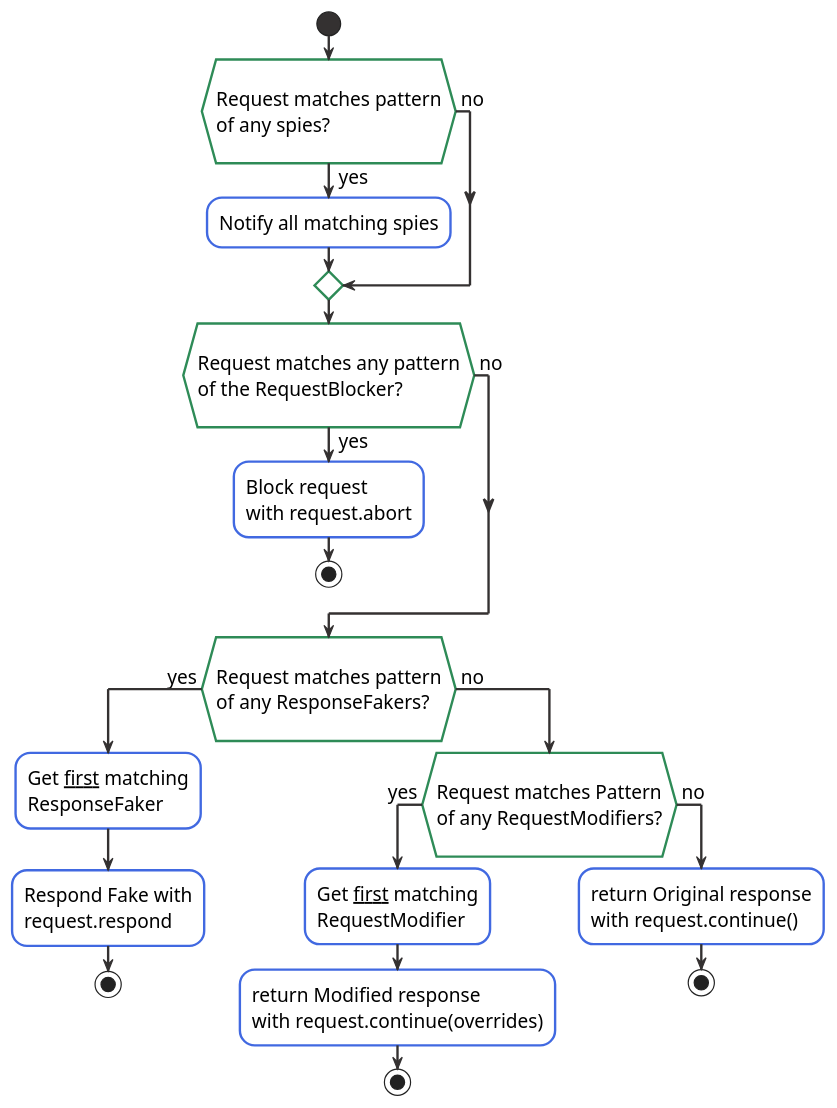
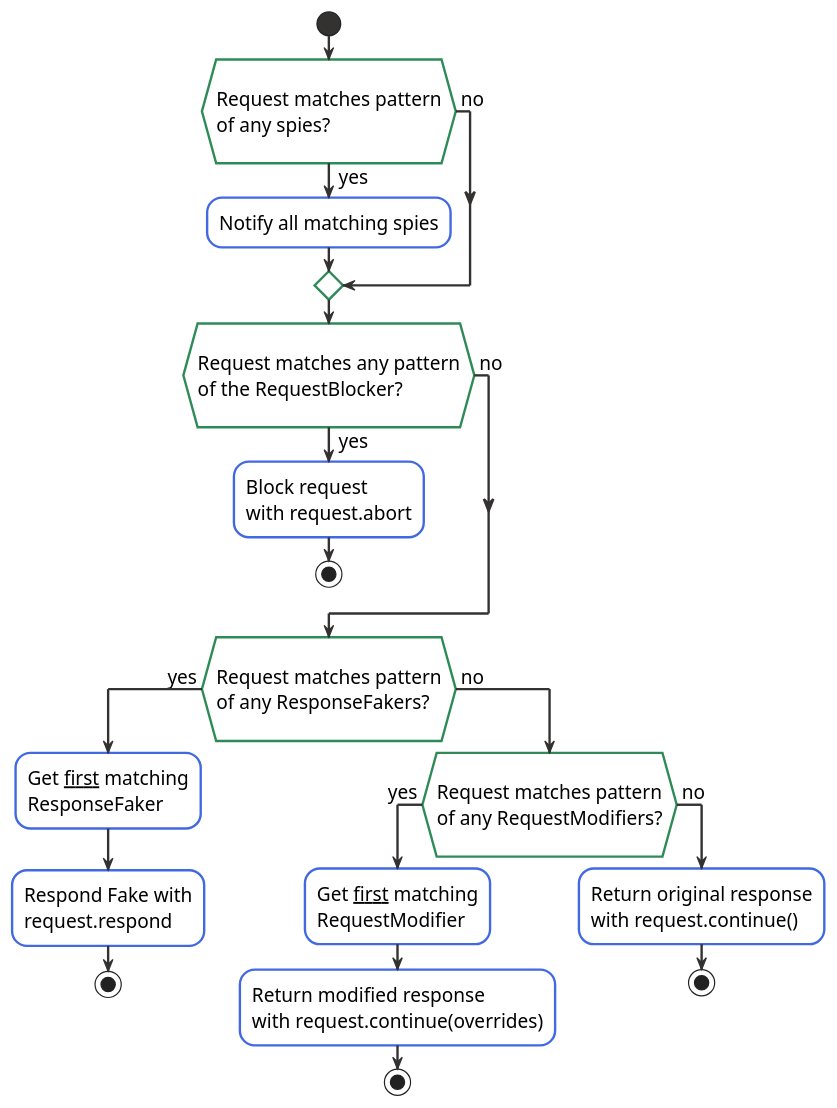
The diagram in documentation/activity.iuml (Tabueeee/puppeteer-request-spy), drawn with PlantUML before and after one commit. The commit also changed 33 other files, not shown here.

```diff
--- a/documentation/activity.iuml
+++ b/documentation/activity.iuml
@@ -1,57 +1,57 @@
 @startuml
 skinparam shadowing false
 
 skinparam activity {
    DiamondFontSize 16
    FontSize 16
    BorderThickness 2
 
    FontColor black
    DiamondFontColor black
    BackgroundColor white
    DiamondBackgroundColor white
    BorderColor RoyalBlue
    DiamondBorderColor Seagreen
 
    StartColor 343131
    EndColor 343131
 }
 
 skinparam arrow {
     color 343131
     fontColor black
     FontSize 16
 }
 
 start
 
 if (\nRequest matches pattern\nof any spies?\n) then ( yes )
   :Notify all matching spies;
 else ( no )
 endif
 
 
 if (\nRequest matches any pattern\nof the RequestBlocker?\n) then ( no )
 
 else ( yes )
   :Block request\nwith request.abort;
   stop
 
 endif
 
 if (\nRequest matches pattern\nof any ResponseFakers?\n) then ( yes )
   :Get __first__ matching\nResponseFaker;
   :Respond Fake with\nrequest.respond;
   stop
 else ( no )
-    if (\nRequest matches Pattern\nof any RequestModifiers?\n) then ( yes )
+    if (\nRequest matches pattern\nof any RequestModifiers?\n) then ( yes )
         :Get __first__ matching\nRequestModifier;
-        :return Modified response\nwith request.continue(overrides);
+        :Return modified response\nwith request.continue(overrides);
         stop
     else ( no )
-        :return Original response\nwith request.continue();
+        :Return original response\nwith request.continue();
         stop
     endif
 endif
 
 @enduml
```
